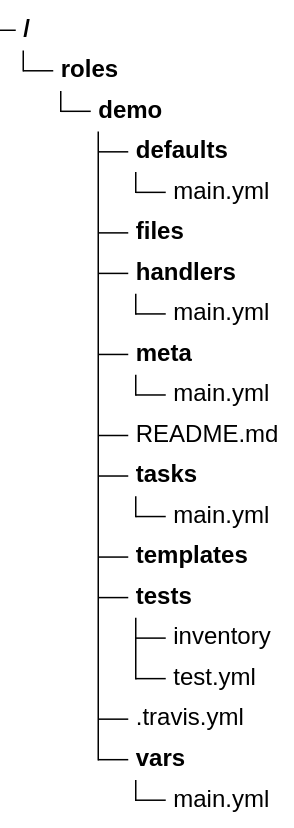
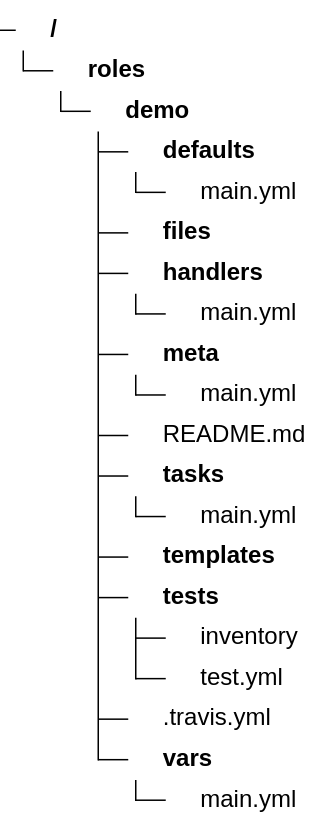
Before and after one commit to computacenter-com/ansible-best-practices: the first of 2 diagrams in docs/ansible/roles.md, drawn with Mermaid. The commit also changed other lines of this file and 9 other files, not shown here.

Commit message:
Added logos to all treeView diagrams. Added JS script to register icon packs.

````diff
--- a/docs/ansible/roles.md
+++ b/docs/ansible/roles.md
@@ -77,27 +77,34 @@
     ``` mermaid
     ---
     config:
       treeView:
         rowIndent: 20
+        defaultIconPack: vscode-icons
+        showIcons: true
+        filenameIcons:
+          .travis.yml: file-type-travis
+          inventory: file-type-config
+        extensionIcons:
+          .yml: file-type-light-yaml-official
     ---
     treeView-beta
     roles/
     └── demo/
         ├── defaults/
         │   └── main.yml
         ├── files/
         ├── handlers/
         │   └── main.yml
         ├── meta/
         │   └── main.yml
         ├── README.md
         ├── tasks/
         │   └── main.yml
         ├── templates/
         ├── tests/
         │   ├── inventory
         │   └── test.yml
         ├── .travis.yml
         └── vars/
             └── main.yml
     ```
````
